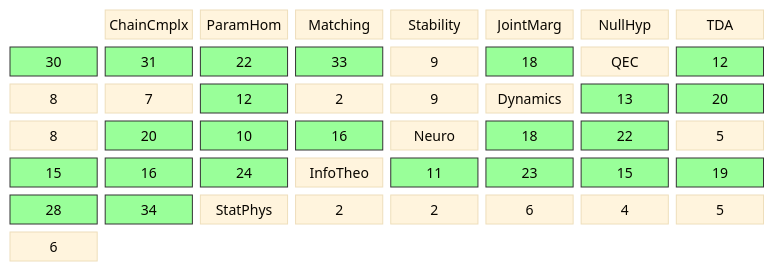
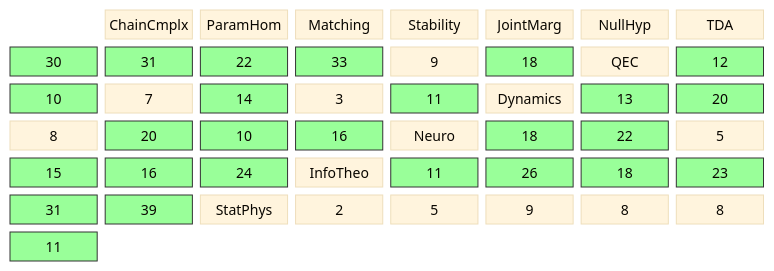
One commit to musicofhel/topoyolo changed the diagram in diagrams/coverage-matrix.md. Above: the diagram before and after it, drawn with Mermaid. The commit also changed other lines of this file and 9 other files, not shown here.

````diff
--- a/diagrams/coverage-matrix.md
+++ b/diagrams/coverage-matrix.md
@@ -22,37 +22,40 @@
 ```mermaid
 %%{init: {'theme': 'base', 'themeVariables': {'fontSize': '14px'}}}%%
 block-beta
   columns 8
 
   space:1 CC["ChainCmplx"] PH["ParamHom"] MA["Matching"] ST["Stability"] JM["JointMarg"] NH["NullHyp"]
 
   TDA["TDA"] TDA_CC["30"] TDA_PH["31"] TDA_MA["22"] TDA_ST["33"] TDA_JM["9"] TDA_NH["18"]
-  QEC["QEC"] QEC_CC["12"] QEC_PH["8"] QEC_MA["7"] QEC_ST["12"] QEC_JM["2"] QEC_NH["9"]
+  QEC["QEC"] QEC_CC["12"] QEC_PH["10"] QEC_MA["7"] QEC_ST["14"] QEC_JM["3"] QEC_NH["11"]
   DYN["Dynamics"] DYN_CC["13"] DYN_PH["20"] DYN_MA["8"] DYN_ST["20"] DYN_JM["10"] DYN_NH["16"]
   NEU["Neuro"] NEU_CC["18"] NEU_PH["22"] NEU_MA["5"] NEU_ST["15"] NEU_JM["16"] NEU_NH["24"]
-  IT["InfoTheo"] IT_CC["11"] IT_PH["23"] IT_MA["15"] IT_ST["19"] IT_JM["28"] IT_NH["34"]
-  SP["StatPhys"] SP_CC["2"] SP_PH["2"] SP_MA["6"] SP_ST["4"] SP_JM["5"] SP_NH["6"]
+  IT["InfoTheo"] IT_CC["11"] IT_PH["26"] IT_MA["18"] IT_ST["23"] IT_JM["31"] IT_NH["39"]
+  SP["StatPhys"] SP_CC["2"] SP_PH["5"] SP_MA["9"] SP_ST["8"] SP_JM["8"] SP_NH["11"]
   style TDA_CC fill:#9f9,stroke:#333
   style TDA_PH fill:#9f9,stroke:#333
   style TDA_MA fill:#9f9,stroke:#333
   style TDA_ST fill:#9f9,stroke:#333
   style TDA_NH fill:#9f9,stroke:#333
   style QEC_CC fill:#9f9,stroke:#333
+  style QEC_PH fill:#9f9,stroke:#333
   style QEC_ST fill:#9f9,stroke:#333
+  style QEC_NH fill:#9f9,stroke:#333
   style DYN_CC fill:#9f9,stroke:#333
   style DYN_PH fill:#9f9,stroke:#333
   style DYN_ST fill:#9f9,stroke:#333
   style DYN_JM fill:#9f9,stroke:#333
   style DYN_NH fill:#9f9,stroke:#333
   style NEU_CC fill:#9f9,stroke:#333
   style NEU_PH fill:#9f9,stroke:#333
   style NEU_ST fill:#9f9,stroke:#333
   style NEU_JM fill:#9f9,stroke:#333
   style NEU_NH fill:#9f9,stroke:#333
   style IT_CC fill:#9f9,stroke:#333
   style IT_PH fill:#9f9,stroke:#333
   style IT_MA fill:#9f9,stroke:#333
   style IT_ST fill:#9f9,stroke:#333
   style IT_JM fill:#9f9,stroke:#333
   style IT_NH fill:#9f9,stroke:#333
+  style SP_NH fill:#9f9,stroke:#333
 ```
````
